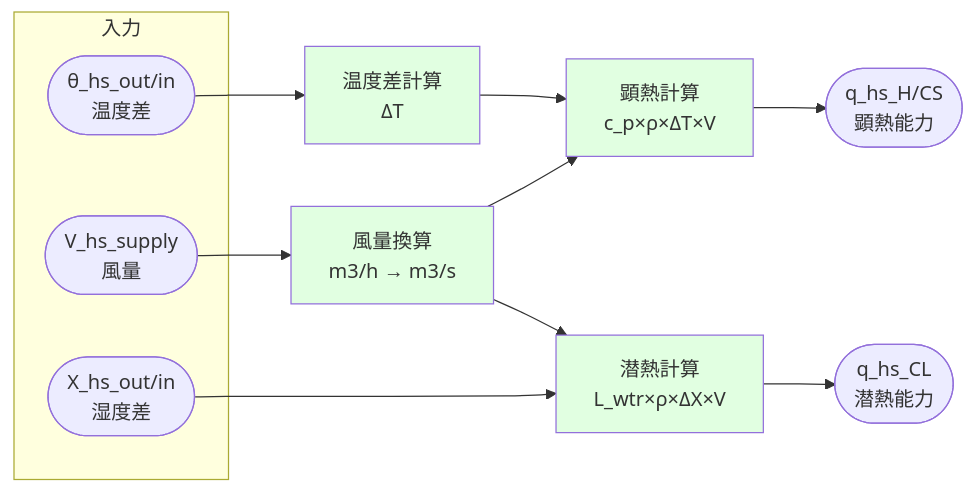
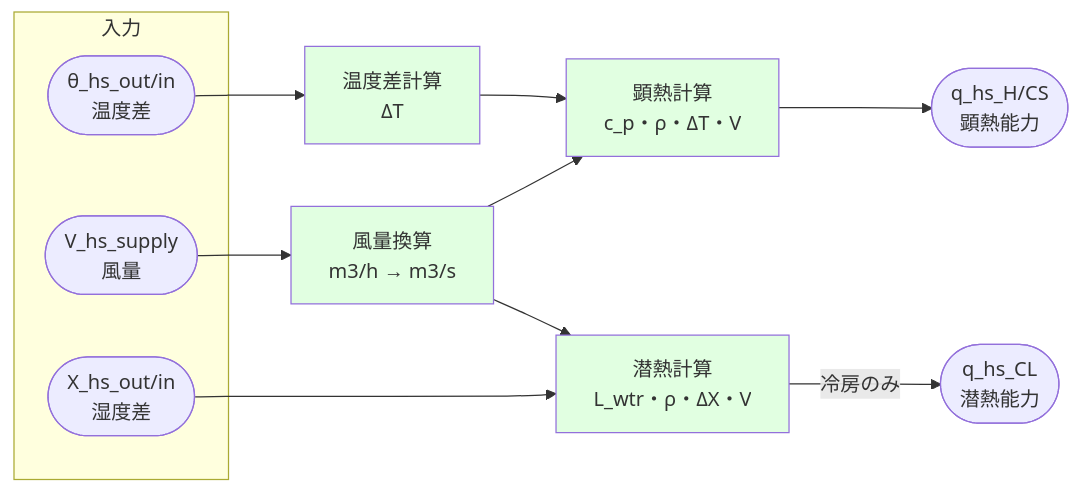
One commit to izumi-system-development/pyhees-jjj changed the fourth of 6 diagrams in src/docs/プロセスモデル_消費電力計算_標準.md. Above: the diagram before and after it, drawn with Mermaid. The commit also changed other lines of this file, not shown here.

````diff
--- a/src/docs/プロセスモデル_消費電力計算_標準.md
+++ b/src/docs/プロセスモデル_消費電力計算_標準.md
@@ -281,26 +306,26 @@
 ```mermaid
 flowchart LR
 
 subgraph 入力
     Theta([θ_hs_out/in<br/>温度差])
     V([V_hs_supply<br/>風量])
     X([X_hs_out/in<br/>湿度差])
 end
 
 Theta --> DeltaT[温度差計算<br/>ΔT]
 V --> Flow[風量換算<br/>m3/h → m3/s]
 
-DeltaT --> SensH[顕熱計算<br/>c_p×ρ×ΔT×V]
+DeltaT --> SensH[顕熱計算<br/>c_p・ρ・ΔT・V]
 Flow --> SensH
 
-X --> LatH[潜熱計算<br/>L_wtr×ρ×ΔX×V]
+X --> LatH[潜熱計算<br/>L_wtr・ρ・ΔX・V]
 Flow --> LatH
 
 SensH --> Result([q_hs_H/CS<br/>顕熱能力])
-LatH --> Result2([q_hs_CL<br/>潜熱能力])
+LatH -->|冷房のみ| Result2([q_hs_CL<br/>潜熱能力])
 
 style DeltaT fill:#e1ffe1
 style Flow fill:#e1ffe1
 style SensH fill:#e1ffe1
 style LatH fill:#e1ffe1
 ```
````
